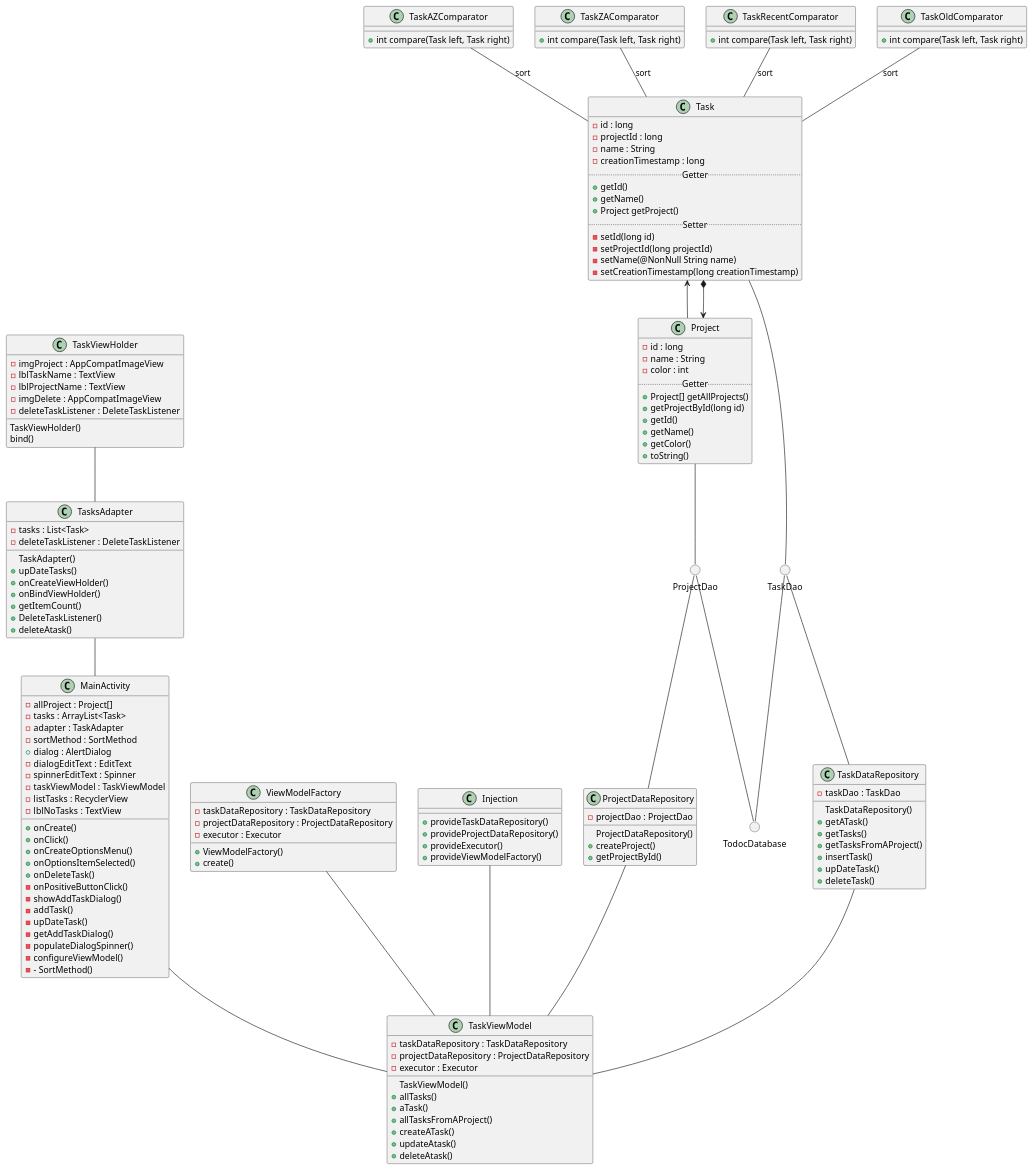
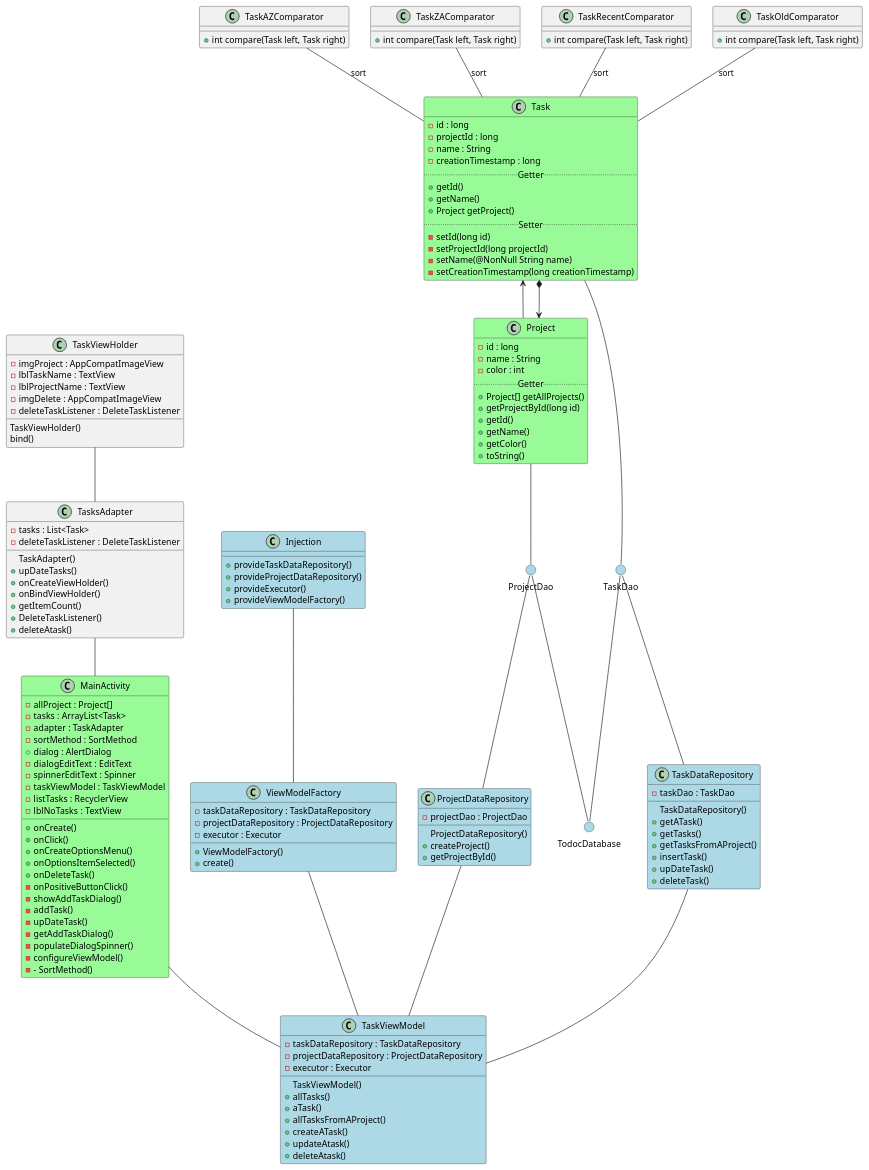
The diagram in classesdiagram.puml (CARAU101517/P5_OC_Cleanup_TODOC), drawn with PlantUML before and after one commit. The commit also changed 2 other files, not shown here.

Commit message:
update on classes diagramm

```diff
--- a/classesdiagram.puml
+++ b/classesdiagram.puml
@@ -1,175 +1,187 @@
 @startuml Todoc Classes Diagram
 class Task {
  - id : long
  - projectId : long
  - name : String
  - creationTimestamp : long
  ..Getter..
  + getId()
  + getName()
  + Project getProject()
  ..Setter..
  - setId(long id)
  - setProjectId(long projectId)
  - setName(@NonNull String name)
  - setCreationTimestamp(long creationTimestamp)
  }
 
 class TaskAZComparator {
  + int compare(Task left, Task right)
  }
 
 class TaskZAComparator {
  + int compare(Task left, Task right)
  }
 
 class TaskRecentComparator {
 + int compare(Task left, Task right)
  }
 
 class TaskOldComparator {
  + int compare(Task left, Task right)
  }
 
 class Project {
  - id : long
  - name : String
  - color : int
  ..Getter..
  + Project[] getAllProjects()
  + getProjectById(long id)
  + getId()
  + getName()
  + getColor()
  + toString()
  }
 
 Project <--* Task
 Task <-- Project
+class Task #back:palegreen
+class Project #back:palegreen
 
 TaskAZComparator -- Task : sort
 TaskZAComparator -- Task : sort
 TaskRecentComparator -- Task : sort
 TaskOldComparator -- Task : sort
 
 class MainActivity {
  - allProject : Project[]
  - tasks : ArrayList<Task>
  - adapter : TaskAdapter
  - sortMethod : SortMethod
  + dialog : AlertDialog
  - dialogEditText : EditText
  - spinnerEditText : Spinner
  - taskViewModel : TaskViewModel
  - listTasks : RecyclerView
  - lblNoTasks : TextView
 
  + onCreate()
  + onClick()
  + onCreateOptionsMenu()
  + onOptionsItemSelected()
  + onDeleteTask()
  - onPositiveButtonClick()
  - showAddTaskDialog()
  - addTask()
  - upDateTask()
  - getAddTaskDialog()
  - populateDialogSpinner()
  - configureViewModel()
  - - SortMethod()
  }
 
  circle TaskDao
  circle TodocDatabase
  circle ProjectDao
+
+ circle TaskDao #back:lightblue
+  circle TodocDatabase #back:lightblue
+  circle ProjectDao #back:lightblue
 
  class TaskDataRepository {
   - taskDao : TaskDao
 
     TaskDataRepository()
   + getATask()
   + getTasks()
   + getTasksFromAProject()
   + insertTask()
   + upDateTask()
   + deleteTask()
   }
 
  class ProjectDataRepository {
   - projectDao : ProjectDao
 
     ProjectDataRepository()
   + createProject()
   + getProjectById()
   }
 
  class ViewModelFactory {
  - taskDataRepository : TaskDataRepository
  - projectDataRepository : ProjectDataRepository
  - executor : Executor
 
  + ViewModelFactory()
  + create()
  }
 
 class TaskViewModel {
  - taskDataRepository : TaskDataRepository
  - projectDataRepository : ProjectDataRepository
  - executor : Executor
 
    TaskViewModel()
  + allTasks()
  + aTask()
  + allTasksFromAProject()
  + createATask()
  + updateAtask()
  + deleteAtask()
  }
 
  class Injection{
  + provideTaskDataRepository()
  + provideProjectDataRepository()
  + provideExecutor()
  + provideViewModelFactory()
  }
 
  class TasksAdapter {
   - tasks : List<Task>
   - deleteTaskListener : DeleteTaskListener
 
     TaskAdapter()
   + upDateTasks()
   + onCreateViewHolder()
   + onBindViewHolder()
   + getItemCount()
   + DeleteTaskListener()
   + deleteAtask()
   }
 
   class TaskViewHolder {
   - imgProject : AppCompatImageView
   - lblTaskName : TextView
   - lblProjectName : TextView
   - imgDelete : AppCompatImageView
   - deleteTaskListener : DeleteTaskListener
 
    TaskViewHolder()
    bind()
   }
 
   TaskViewHolder -- TasksAdapter
   TasksAdapter -- MainActivity
   MainActivity -- TaskViewModel
   ViewModelFactory -- TaskViewModel
-  Injection -- TaskViewModel
+  Injection -- ViewModelFactory
   ProjectDataRepository -- TaskViewModel
   TaskDataRepository -- TaskViewModel
   ProjectDao -- ProjectDataRepository
   TaskDao -- TaskDataRepository
   TaskDao -- TodocDatabase
   ProjectDao -- TodocDatabase
   Task -- TaskDao
   Project -- ProjectDao
 
+  class MainActivity #back:palegreen
+  class TaskDataRepository #back:lightblue
+  class ProjectDataRepository #back:lightblue
+  class TaskViewModel #back:lightblue
+  class ViewModelFactory #back:lightblue
+  class Injection #back:lightblue
 
 @enduml
```
